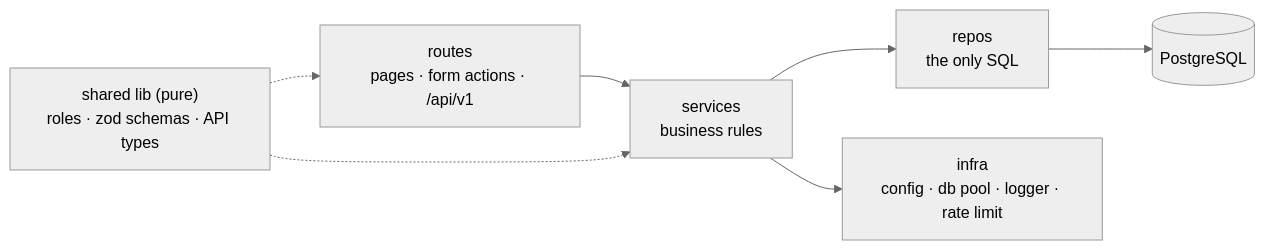
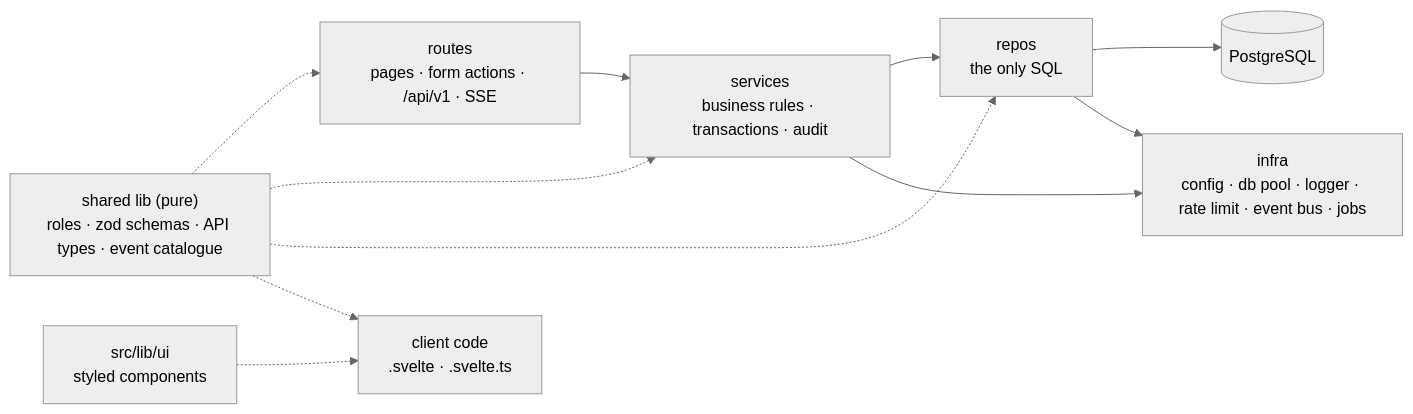
One commit to FurkanEdizkan/Forgotten-Letters changed the second of 3 diagrams in ARCHITECTURE.md. Above: the diagram before and after it, drawn with Mermaid (neutral theme). The commit also changed other lines of this file and 4 other files, not shown here.

First line of the commit message:
docs: product requirements, design system, architecture and agents guide from the blueprint review

````diff
--- a/ARCHITECTURE.md
+++ b/ARCHITECTURE.md
@@ -39,8 +122,10 @@
 ```mermaid
 flowchart LR
-  R["routes\npages · form actions · /api/v1"] --> S["services\nbusiness rules"]
+  R["routes\npages · form actions · /api/v1 · SSE"] --> S["services\nbusiness rules · transactions · audit"]
   S --> P["repos\nthe only SQL"]
   P --> D[("PostgreSQL")]
-  S --> I["infra\nconfig · db pool · logger · rate limit"]
-  L["shared lib (pure)\nroles · zod schemas · API types"] -.-> R & S
+  S --> I["infra\nconfig · db pool · logger · rate limit · event bus · jobs"]
+  P --> I
+  L["shared lib (pure)\nroles · zod schemas · API types · event catalogue"] -.-> R & S & P & C["client code\n.svelte · .svelte.ts"]
+  UI["src/lib/ui\nstyled components"] -.-> C
 ```
````
